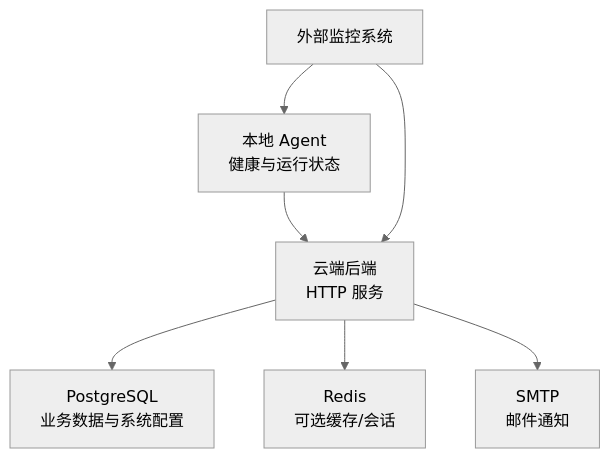
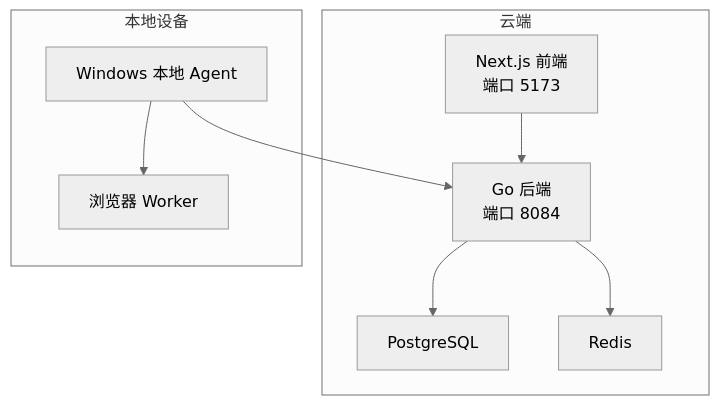
One commit to alvinwangzi/goodhr changed the first of 4 diagrams in .qoder/repowiki/zh/content/部署指南/生产环境部署/监控告警与备份恢复.md. Above: the diagram before and after it, drawn with Mermaid (neutral theme). The commit also changed other lines of this file and 149 other files, not shown here.

````diff
--- a/.qoder/repowiki/zh/content/部署指南/生产环境部署/监控告警与备份恢复.md
+++ b/.qoder/repowiki/zh/content/部署指南/生产环境部署/监控告警与备份恢复.md
@@ -44,9 +44,18 @@
 ```mermaid
 graph TB
-A["云端后端<br/>HTTP 服务"] --> B["PostgreSQL<br/>业务数据与系统配置"]
-A --> C["Redis<br/>可选缓存/会话"]
-A --> D["SMTP<br/>邮件通知"]
-E["本地 Agent<br/>健康与运行状态"] --> A
-F["外部监控系统"] --> A
-F --> E
+subgraph "云端"
+FE["Next.js 前端<br/>端口 5173"]
+BE["Go 后端<br/>端口 8084"]
+PG["PostgreSQL"]
+RD["Redis"]
+end
+subgraph "本地设备"
+AG["Windows 本地 Agent"]
+BR["浏览器 Worker"]
+end
+FE --> BE
+BE --> PG
+BE --> RD
+AG --> BE
+AG --> BR
 ```
````
